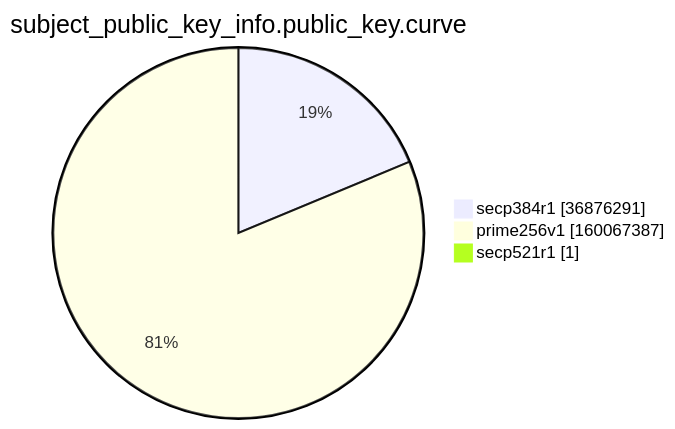
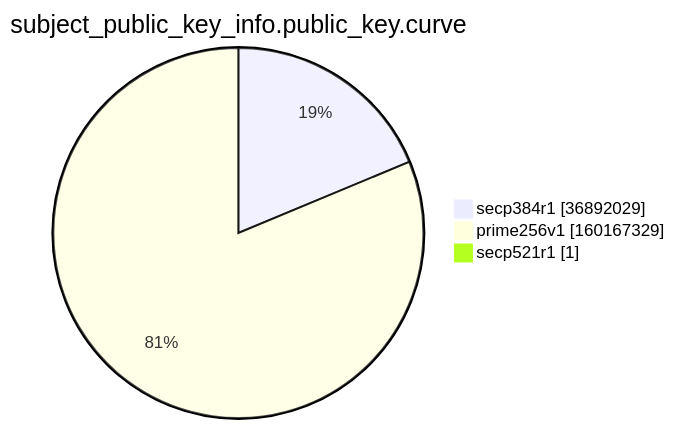
Before and after one commit to christiankrug/ctmonitor_visualization: the ninth of 15 diagrams in argon2022/README.md, drawn with Mermaid. The commit also changed other lines of this file, not shown here.

````diff
--- a/argon2022/README.md
+++ b/argon2022/README.md
@@ -2766,7 +2766,7 @@
 ```mermaid
 pie showData
 title subject_public_key_info.public_key.curve
-"secp384r1" :36876291
-"prime256v1" :160067387
+"secp384r1" :36892029
+"prime256v1" :160167329
 "secp521r1" :1
 ```
````
